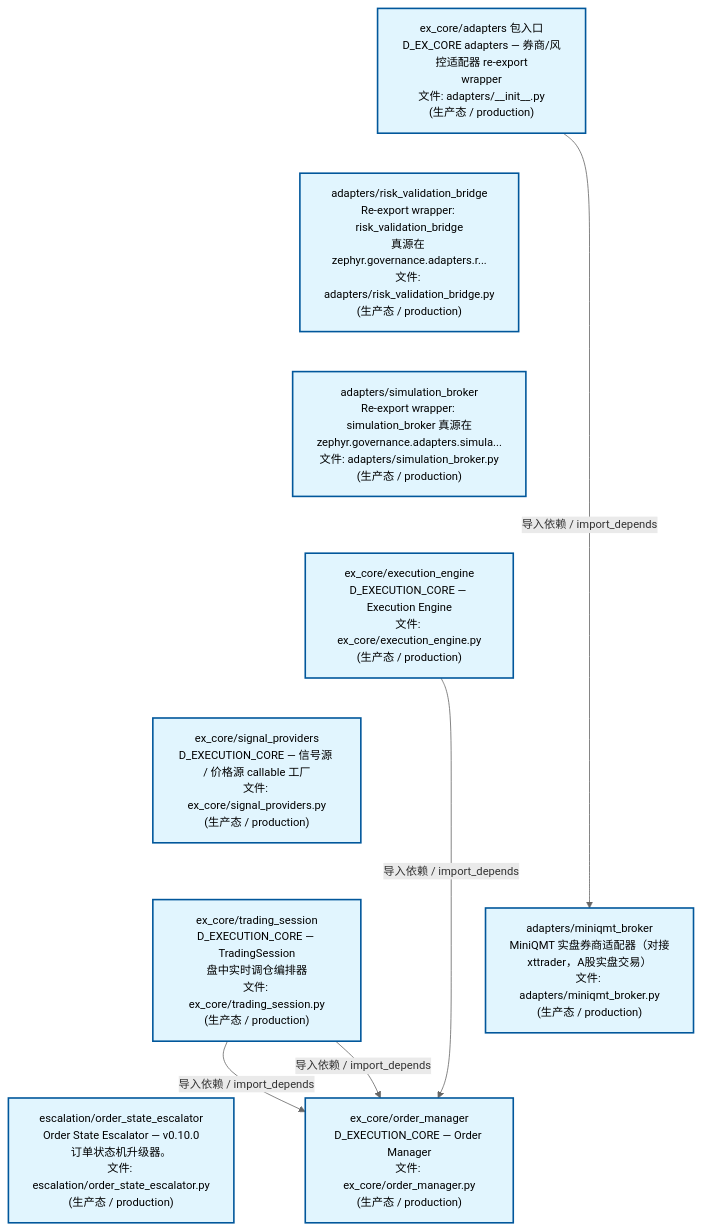
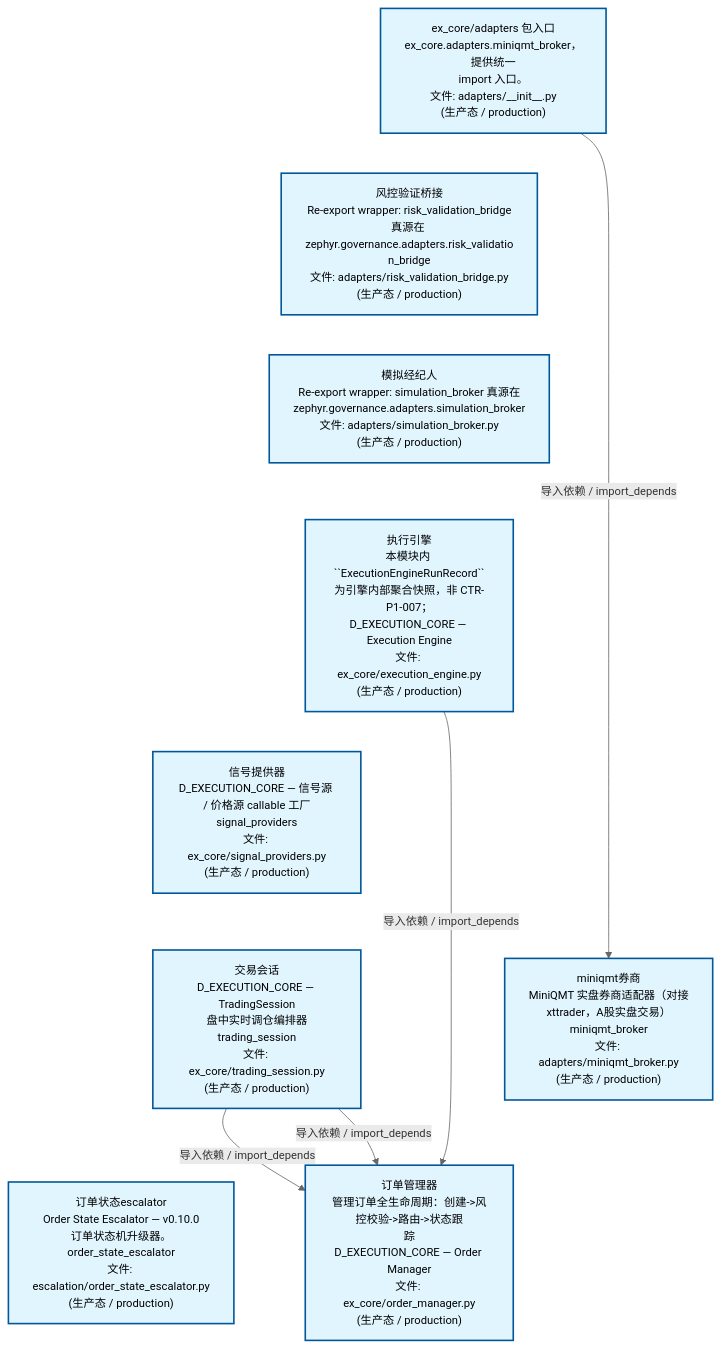
Before and after one commit to xuanFelixVan/ZephyrAlpha: the second of 4 diagrams in docs/02_enterprise_architecture/02_domain_architecture_docs/44_d_ex_core.md, drawn with Mermaid. The commit also changed other lines of this file and 54 other files, not shown here.

````diff
--- a/docs/02_enterprise_architecture/02_domain_architecture_docs/44_d_ex_core.md
+++ b/docs/02_enterprise_architecture/02_domain_architecture_docs/44_d_ex_core.md
@@ -170,29 +170,29 @@
 ```mermaid
 %%{init: {'theme': 'base', 'themeVariables': {'primaryColor': '#eaeaea', 'primaryTextColor': '#333333', 'primaryBorderColor': '#666666', 'lineColor': '#666666', 'secondaryColor': '#eaeaea', 'tertiaryColor': '#eaeaea', 'fontSize': '14px'}}}%%
 flowchart TD
-    src_zephyr_ex_core_adapters_init_py["ex_core/adapters 包入口<br/>D_EX_CORE adapters — 券商/风控适配器 re-export<br/>wrapper<br/>文件: adapters/__init__.py<br/>(生产态 / production)"]
-    src_zephyr_ex_core_adapters_risk_validation_bridge_py["adapters/risk_validation_bridge<br/>Re-export wrapper: risk_validation_bridge<br/>真源在 zephyr.governance.adapters.r...<br/>文件: adapters/risk_validation_bridge.py<br/>(生产态 / production)"]
-    src_zephyr_ex_core_adapters_simulation_broker_py["adapters/simulation_broker<br/>Re-export wrapper: simulation_broker 真源在<br/>zephyr.governance.adapters.simula...<br/>文件: adapters/simulation_broker.py<br/>(生产态 / production)"]
-    src_zephyr_ex_core_execution_engine_py["ex_core/execution_engine<br/>D_EXECUTION_CORE — Execution Engine<br/>文件: ex_core/execution_engine.py<br/>(生产态 / production)"]
-    src_zephyr_ex_core_signal_providers_py["ex_core/signal_providers<br/>D_EXECUTION_CORE — 信号源 / 价格源 callable 工厂<br/>文件: ex_core/signal_providers.py<br/>(生产态 / production)"]
-    src_zephyr_ex_core_trading_session_py["ex_core/trading_session<br/>D_EXECUTION_CORE — TradingSession<br/>盘中实时调仓编排器<br/>文件: ex_core/trading_session.py<br/>(生产态 / production)"]
-    src_zephyr_governance_escalation_order_state_escalator_py["escalation/order_state_escalator<br/>Order State Escalator — v0.10.0<br/>订单状态机升级器。<br/>文件: escalation/order_state_escalator.py<br/>(生产态 / production)"]
+    src_zephyr_ex_core_adapters_init_py["ex_core/adapters 包入口<br/>ex_core.adapters.miniqmt_broker，提供统一<br/>import 入口。<br/>文件: adapters/__init__.py<br/>(生产态 / production)"]
+    src_zephyr_ex_core_adapters_risk_validation_bridge_py["风控验证桥接<br/>Re-export wrapper: risk_validation_bridge<br/>真源在 zephyr.governance.adapters.risk_validatio<br/>n_bridge<br/>文件: adapters/risk_validation_bridge.py<br/>(生产态 / production)"]
+    src_zephyr_ex_core_adapters_simulation_broker_py["模拟经纪人<br/>Re-export wrapper: simulation_broker 真源在<br/>zephyr.governance.adapters.simulation_broker<br/>文件: adapters/simulation_broker.py<br/>(生产态 / production)"]
+    src_zephyr_ex_core_execution_engine_py["执行引擎<br/>本模块内 ``ExecutionEngineRunRecord``<br/>为引擎内部聚合快照，非 CTR-P1-007；<br/>D_EXECUTION_CORE — Execution Engine<br/>文件: ex_core/execution_engine.py<br/>(生产态 / production)"]
+    src_zephyr_ex_core_signal_providers_py["信号提供器<br/>D_EXECUTION_CORE — 信号源 / 价格源 callable 工厂<br/>signal_providers<br/>文件: ex_core/signal_providers.py<br/>(生产态 / production)"]
+    src_zephyr_ex_core_trading_session_py["交易会话<br/>D_EXECUTION_CORE — TradingSession<br/>盘中实时调仓编排器<br/>trading_session<br/>文件: ex_core/trading_session.py<br/>(生产态 / production)"]
+    src_zephyr_governance_escalation_order_state_escalator_py["订单状态escalator<br/>Order State Escalator — v0.10.0<br/>订单状态机升级器。<br/>order_state_escalator<br/>文件: escalation/order_state_escalator.py<br/>(生产态 / production)"]
     src_zephyr_ex_core_adapters_init_py ~~~ src_zephyr_ex_core_adapters_risk_validation_bridge_py
     src_zephyr_ex_core_adapters_risk_validation_bridge_py ~~~ src_zephyr_ex_core_adapters_simulation_broker_py
     src_zephyr_ex_core_adapters_simulation_broker_py ~~~ src_zephyr_ex_core_execution_engine_py
     src_zephyr_ex_core_execution_engine_py ~~~ src_zephyr_ex_core_signal_providers_py
     src_zephyr_ex_core_signal_providers_py ~~~ src_zephyr_ex_core_trading_session_py
     src_zephyr_ex_core_trading_session_py ~~~ src_zephyr_governance_escalation_order_state_escalator_py
-    src_zephyr_ex_core_adapters_miniqmt_broker_py["adapters/miniqmt_broker<br/>MiniQMT 实盘券商适配器（对接<br/>xttrader，A股实盘交易）<br/>文件: adapters/miniqmt_broker.py<br/>(生产态 / production)"]
-    src_zephyr_ex_core_order_manager_py["ex_core/order_manager<br/>D_EXECUTION_CORE — Order Manager<br/>文件: ex_core/order_manager.py<br/>(生产态 / production)"]
+    src_zephyr_ex_core_adapters_miniqmt_broker_py["miniqmt券商<br/>MiniQMT 实盘券商适配器（对接<br/>xttrader，A股实盘交易）<br/>miniqmt_broker<br/>文件: adapters/miniqmt_broker.py<br/>(生产态 / production)"]
+    src_zephyr_ex_core_order_manager_py["订单管理器<br/>管理订单全生命周期：创建->风控校验->路由->状态跟<br/>踪<br/>D_EXECUTION_CORE — Order Manager<br/>文件: ex_core/order_manager.py<br/>(生产态 / production)"]
     src_zephyr_ex_core_adapters_miniqmt_broker_py ~~~ src_zephyr_ex_core_order_manager_py
     src_zephyr_ex_core_execution_engine_py -->|导入依赖 / import_depends| src_zephyr_ex_core_order_manager_py
     src_zephyr_ex_core_adapters_init_py -->|导入依赖 / import_depends| src_zephyr_ex_core_adapters_miniqmt_broker_py
     src_zephyr_ex_core_trading_session_py -->|导入依赖 / import_depends| src_zephyr_ex_core_order_manager_py
     src_zephyr_ex_core_trading_session_py -->|导入依赖 / import_depends| src_zephyr_ex_core_order_manager_py
     classDef production fill:#e1f5fe,stroke:#01579b,stroke-width:2px,color:#000
     classDef design fill:#fff3e0,stroke:#e65100,stroke-width:2px,color:#000,stroke-dasharray: 5 5
     classDef external_prod fill:#e8f4fd,stroke:#0277bd,stroke-width:1px,color:#000
     classDef external_design fill:#fff8e7,stroke:#ef6c00,stroke-width:1px,color:#000,stroke-dasharray: 5 5
     class src_zephyr_ex_core_adapters_init_py,src_zephyr_ex_core_adapters_miniqmt_broker_py,src_zephyr_ex_core_adapters_risk_validation_bridge_py,src_zephyr_ex_core_adapters_simulation_broker_py,src_zephyr_ex_core_execution_engine_py,src_zephyr_ex_core_order_manager_py,src_zephyr_ex_core_signal_providers_py,src_zephyr_ex_core_trading_session_py,src_zephyr_governance_escalation_order_state_escalator_py production
 ```
````
